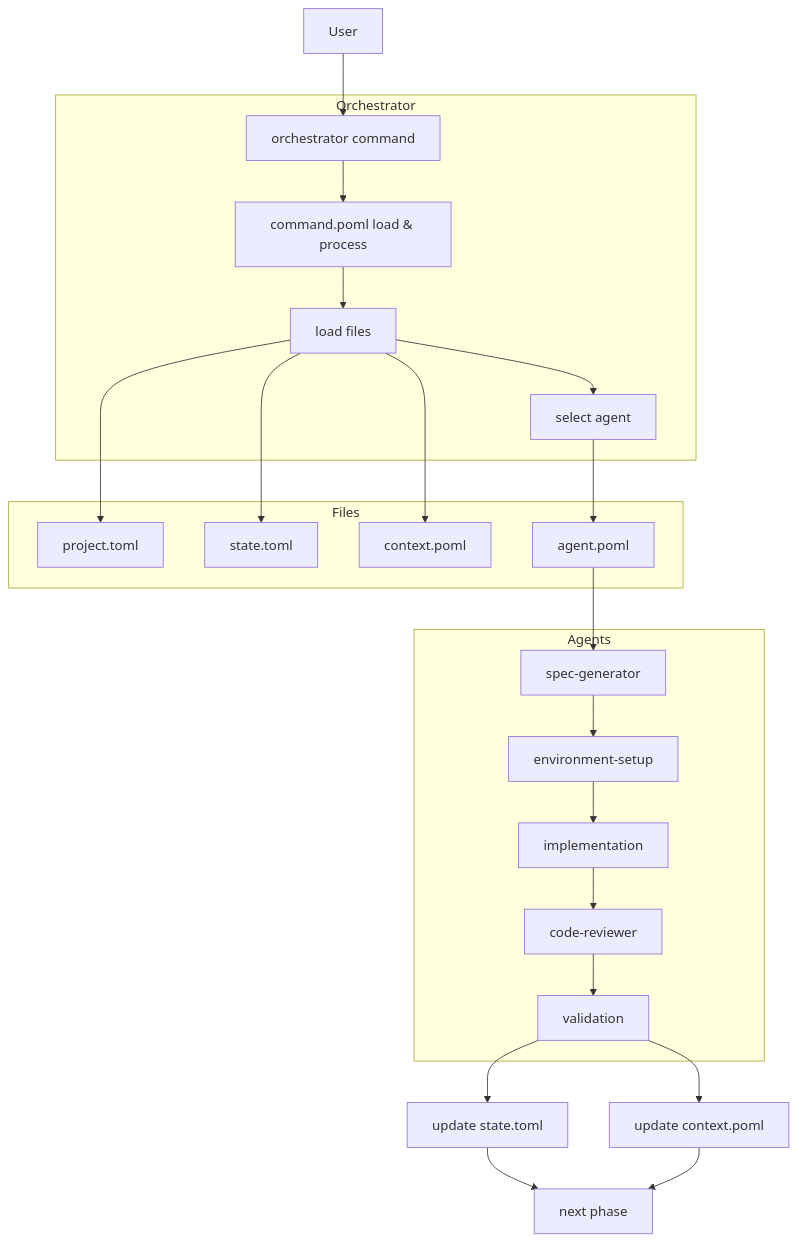
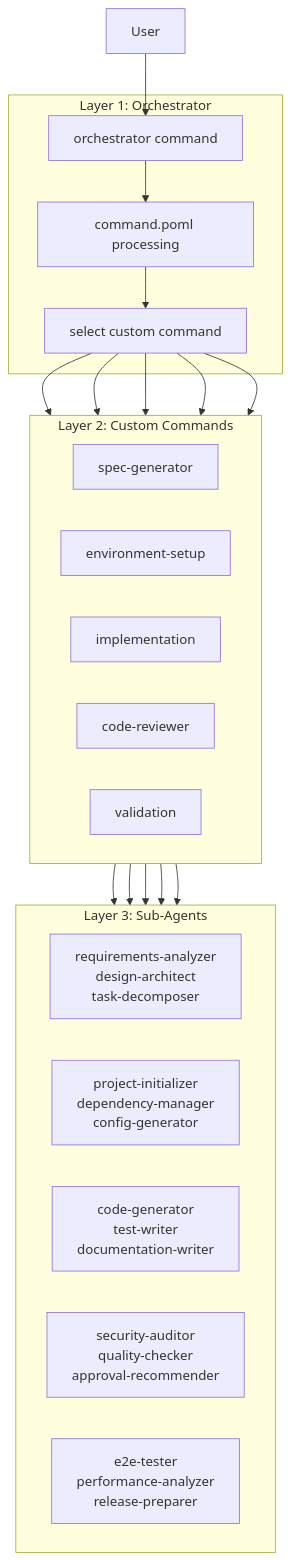
One commit to s-hiraoku/cc-deck-v2 changed the first of 3 diagrams in docs/cc-deck-v2-core-engine.md. Above: the diagram before and after it, drawn with Mermaid. The commit also changed other lines of this file, not shown here.

````diff
--- a/docs/cc-deck-v2-core-engine.md
+++ b/docs/cc-deck-v2-core-engine.md
@@ -25,42 +26,42 @@
 ```mermaid
-graph TB
-    User[User] --> Cmd[orchestrator command]
+graph TD
+    User[User]
     
-    subgraph Orchestrator
-        Cmd --> Process[command.poml load & process]
-        Process --> LoadFiles[load files]
-        LoadFiles --> Select[select agent]
+    User --> Orch
+    
+    subgraph Layer1["      Layer 1: Orchestrator      "]
+        Orch[orchestrator command]
+        Orch --> Process[command.poml processing]
+        Process --> Select[select custom command]
     end
     
-    subgraph Files
-        ProjectToml[project.toml]
-        StateToml[state.toml]
-        ContextPoml[context.poml]
-        AgentPoml[agent.poml]
+    subgraph Layer2[Layer 2: Custom Commands]
+        direction LR
+        Cmd1[spec-generator]
+        Cmd2[environment-setup]
+        Cmd3[implementation]
+        Cmd4[code-reviewer]
+        Cmd5[validation]
     end
     
-    subgraph Agents
-        Spec[spec-generator]
-        Env[environment-setup]
-        Impl[implementation]
-        Review[code-reviewer]
-        Valid[validation]
+    Select --> Cmd1
+    Select --> Cmd2
+    Select --> Cmd3
+    Select --> Cmd4
+    Select --> Cmd5
+    
+    subgraph Layer3[Layer 3: Sub-Agents]
+        direction LR
+        A1[requirements-analyzer<br/>design-architect<br/>task-decomposer]
+        A2[project-initializer<br/>dependency-manager<br/>config-generator]
+        A3[code-generator<br/>test-writer<br/>documentation-writer]
+        A4[security-auditor<br/>quality-checker<br/>approval-recommender]
+        A5[e2e-tester<br/>performance-analyzer<br/>release-preparer]
     end
     
-    LoadFiles --> ProjectToml
-    LoadFiles --> StateToml
-    LoadFiles --> ContextPoml
-    Select --> AgentPoml
-    
-    AgentPoml --> Spec
-    Spec --> Env
-    Env --> Impl
-    Impl --> Review
-    Review --> Valid
-    
-    Valid --> StateUpdate[update state.toml]
-    Valid --> ContextUpdate[update context.poml]
-    
-    StateUpdate --> NextPhase[next phase]
-    ContextUpdate --> NextPhase
+    Cmd1 --> A1
+    Cmd2 --> A2
+    Cmd3 --> A3
+    Cmd4 --> A4
+    Cmd5 --> A5
 ```
````
